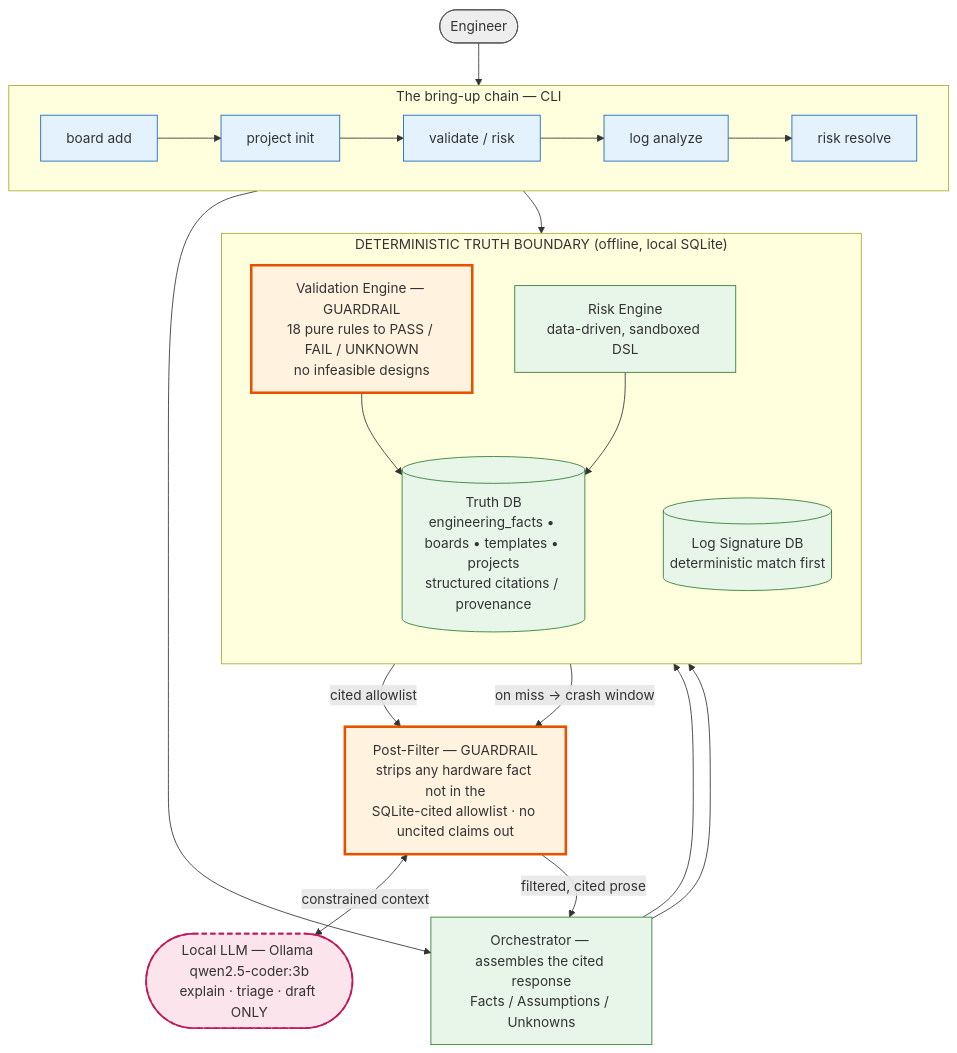
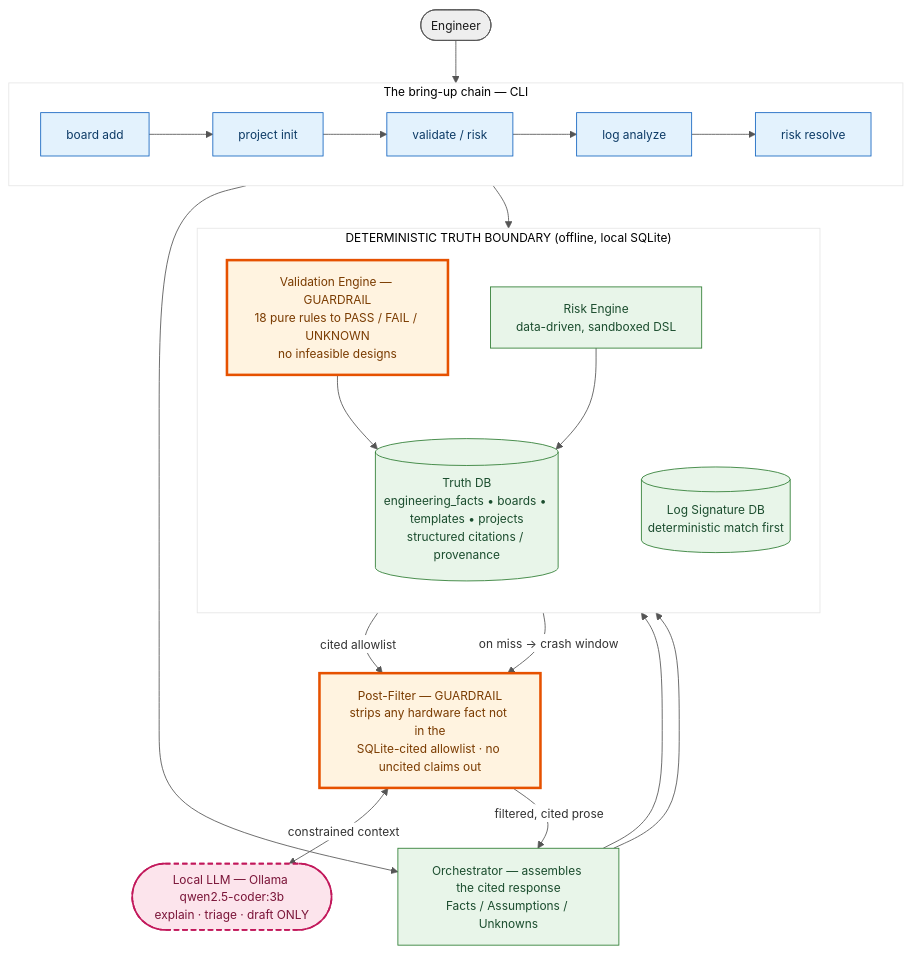
The diagram in docs/architecture.md (Ashut90/eaedk), drawn with Mermaid before and after one commit. The commit also changed other lines of this file and 3 other files, not shown here.

First line of the commit message:
docs: fix invisible text in architecture trust-boundary diagram

````diff
--- a/docs/architecture.md
+++ b/docs/architecture.md
@@ -21,42 +24,43 @@
 ```mermaid
+%%{init: {'theme':'base','themeVariables':{'background':'#ffffff','primaryColor':'#ffffff','lineColor':'#555555','fontSize':'14px','fontFamily':'sans-serif'}}}%%
 flowchart TB
     eng([Engineer]):::ext
 
     subgraph CHAIN["The bring-up chain — CLI"]
         direction LR
         c1[board add]:::cli --> c2[project init]:::cli --> c3[validate / risk]:::cli --> c4[log analyze]:::cli --> c5[risk resolve]:::cli
     end
     eng --> CHAIN
 
     ORCH["Orchestrator — assembles the cited response<br/>Facts / Assumptions / Unknowns"]:::core
 
     subgraph TRUTH["DETERMINISTIC TRUTH BOUNDARY (offline, local SQLite)"]
         direction TB
         VE["Validation Engine — GUARDRAIL<br/>18 pure rules to PASS / FAIL / UNKNOWN<br/>no infeasible designs"]:::guard
         RE["Risk Engine<br/>data-driven, sandboxed DSL"]:::core
         SIG[("Log Signature DB<br/>deterministic match first")]:::db
         DB[("Truth DB<br/>engineering_facts • boards • templates • projects<br/>structured citations / provenance")]:::db
     end
 
     CHAIN --> ORCH
     ORCH --> VE
     ORCH --> RE
     c4 --> SIG
     VE --> DB
     RE --> DB
 
     PF["Post-Filter — GUARDRAIL<br/>strips any hardware fact not in the<br/>SQLite-cited allowlist · no uncited claims out"]:::guard
     LLM([Local LLM — Ollama qwen2.5-coder:3b<br/>explain · triage · draft ONLY]):::llm
 
     DB -->|"cited allowlist"| PF
     SIG -->|"on miss → crash window"| PF
     PF <-->|"constrained context"| LLM
     PF -->|"filtered, cited prose"| ORCH
 
-    classDef ext fill:#eeeeee,stroke:#555555;
-    classDef cli fill:#e3f2fd,stroke:#1565c0;
-    classDef db fill:#e8f5e9,stroke:#2e7d32;
-    classDef core fill:#e8f5e9,stroke:#2e7d32;
-    classDef guard fill:#fff3e0,stroke:#e65100,stroke-width:3px;
-    classDef llm fill:#fce4ec,stroke:#c2185b,stroke-width:2px,stroke-dasharray:6 4;
+    classDef ext fill:#eeeeee,stroke:#555555,color:#1a1a1a;
+    classDef cli fill:#e3f2fd,stroke:#1565c0,color:#0d3b66;
+    classDef db fill:#e8f5e9,stroke:#2e7d32,color:#1b4d2e;
+    classDef core fill:#e8f5e9,stroke:#2e7d32,color:#1b4d2e;
+    classDef guard fill:#fff3e0,stroke:#e65100,stroke-width:3px,color:#7a3b00;
+    classDef llm fill:#fce4ec,stroke:#c2185b,stroke-width:2px,stroke-dasharray:6 4,color:#7a1438;
 ```
````
